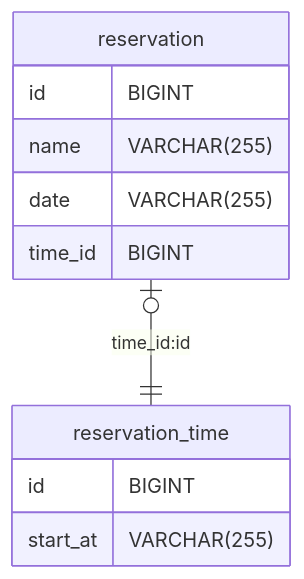
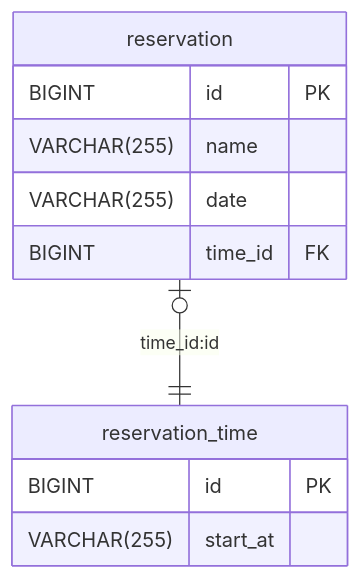
Before and after one commit to woowacourse/spring-roomescape-admin: the diagram in docs/README.md, drawn with Mermaid. The commit also changed other lines of this file, not shown here.

````diff
--- a/docs/README.md
+++ b/docs/README.md
@@ -32,14 +32,14 @@
 ``` mermaid
 erDiagram
     reservation o|--|| reservation_time : "time_id:id"
     reservation {
-        id BIGINT
-        name VARCHAR(255)
-        date VARCHAR(255)
-        time_id BIGINT
+        BIGINT id PK
+        VARCHAR(255) name
+        VARCHAR(255) date
+        BIGINT time_id FK
     }
     reservation_time {
-        id BIGINT
-        start_at VARCHAR(255)
+        BIGINT id PK
+        VARCHAR(255) start_at
     }
 ```
````
